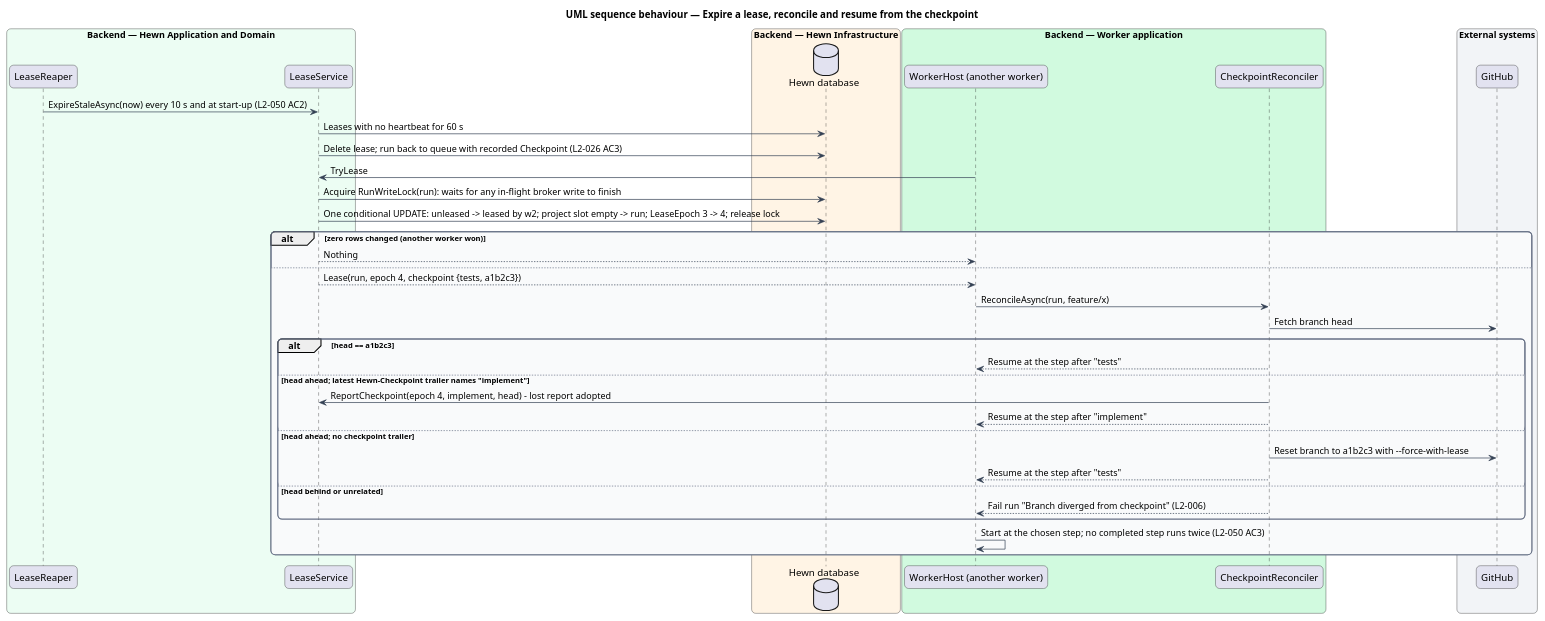
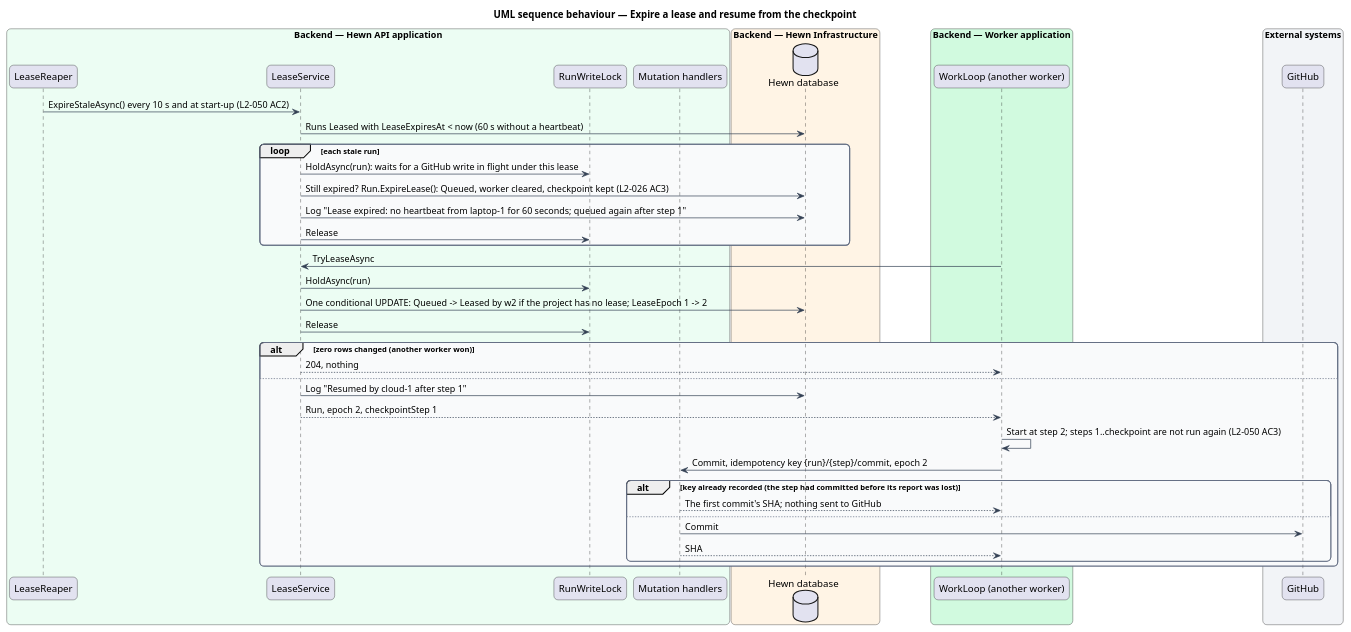
One commit to QuinntyneBrown/hewn changed the diagram in docs/detailed-designs/agent-runtime/worker-loop/diagrams/sequence-expire-and-resume.puml. Above: the diagram before and after it, drawn with PlantUML. The commit also changed 43 other files, not shown here.

First line of the commit message:
Continue after a worker or server crash (journey 26, L2-050, L2-026) (#34)

```diff
--- a/docs/detailed-designs/agent-runtime/worker-loop/diagrams/sequence-expire-and-resume.puml
+++ b/docs/detailed-designs/agent-runtime/worker-loop/diagrams/sequence-expire-and-resume.puml
@@ -1,57 +1,59 @@
 @startuml
-title UML sequence behaviour — Expire a lease, reconcile and resume from the checkpoint
+title UML sequence behaviour — Expire a lease and resume from the checkpoint
 skinparam backgroundColor #FFFFFF
 skinparam shadowing false
 skinparam roundcorner 12
 skinparam defaultFontName Arial
 skinparam ArrowColor #344054
 skinparam rectangle {
   BorderColor #344054
   FontColor #101828
 }
 skinparam package {
   BorderColor #667085
   FontColor #101828
   BackgroundColor #F9FAFB
 }
 skinparam sequenceMessageAlign left
-box "Backend — Hewn Application and Domain" #ECFDF3
+box "Backend — Hewn API application" #ECFDF3
   participant "LeaseReaper" as reaper
   participant "LeaseService" as lease
+  participant "RunWriteLock" as lock
+  participant "Mutation handlers" as broker
 end box
 box "Backend — Hewn Infrastructure" #FFF4E5
   database "Hewn database" as db
 end box
 box "Backend — Worker application" #D1FADF
-  participant "WorkerHost (another worker)" as w2
-  participant "CheckpointReconciler" as rec
+  participant "WorkLoop (another worker)" as w2
 end box
 box "External systems" #F2F4F7
   participant "GitHub" as gh
 end box
-reaper -> lease : ExpireStaleAsync(now) every 10 s and at start-up (L2-050 AC2)
-lease -> db : Leases with no heartbeat for 60 s
-lease -> db : Delete lease; run back to queue with recorded Checkpoint (L2-026 AC3)
-w2 -> lease : TryLease
-lease -> db : Acquire RunWriteLock(run): waits for any in-flight broker write to finish
-lease -> db : One conditional UPDATE: unleased -> leased by w2; project slot empty -> run; LeaseEpoch 3 -> 4; release lock
+reaper -> lease : ExpireStaleAsync() every 10 s and at start-up (L2-050 AC2)
+lease -> db : Runs Leased with LeaseExpiresAt < now (60 s without a heartbeat)
+loop each stale run
+  lease -> lock : HoldAsync(run): waits for a GitHub write in flight under this lease
+  lease -> db : Still expired? Run.ExpireLease(): Queued, worker cleared, checkpoint kept (L2-026 AC3)
+  lease -> db : Log "Lease expired: no heartbeat from laptop-1 for 60 seconds; queued again after step 1"
+  lease -> lock : Release
+end
+w2 -> lease : TryLeaseAsync
+lease -> lock : HoldAsync(run)
+lease -> db : One conditional UPDATE: Queued -> Leased by w2 if the project has no lease; LeaseEpoch 1 -> 2
+lease -> lock : Release
 alt zero rows changed (another worker won)
-  lease --> w2 : Nothing
+  lease --> w2 : 204, nothing
 else
-  lease --> w2 : Lease(run, epoch 4, checkpoint {tests, a1b2c3})
-  w2 -> rec : ReconcileAsync(run, feature/x)
-  rec -> gh : Fetch branch head
-  alt head == a1b2c3
-    rec --> w2 : Resume at the step after "tests"
-  else head ahead; latest Hewn-Checkpoint trailer names "implement"
-    rec -> lease : ReportCheckpoint(epoch 4, implement, head) - lost report adopted
-    rec --> w2 : Resume at the step after "implement"
-  else head ahead; no checkpoint trailer
-    rec -> gh : Reset branch to a1b2c3 with --force-with-lease
-    rec --> w2 : Resume at the step after "tests"
-  else head behind or unrelated
-    rec --> w2 : Fail run "Branch diverged from checkpoint" (L2-006)
+  lease -> db : Log "Resumed by cloud-1 after step 1"
+  lease --> w2 : Run, epoch 2, checkpointStep 1
+  w2 -> w2 : Start at step 2; steps 1..checkpoint are not run again (L2-050 AC3)
+  w2 -> broker : Commit, idempotency key {run}/{step}/commit, epoch 2
+  alt key already recorded (the step had committed before its report was lost)
+    broker --> w2 : The first commit's SHA; nothing sent to GitHub
+  else
+    broker -> gh : Commit
+    broker --> w2 : SHA
   end
-  w2 -> w2 : Start at the chosen step; no completed step runs twice (L2-050 AC3)
 end
 @enduml
```
